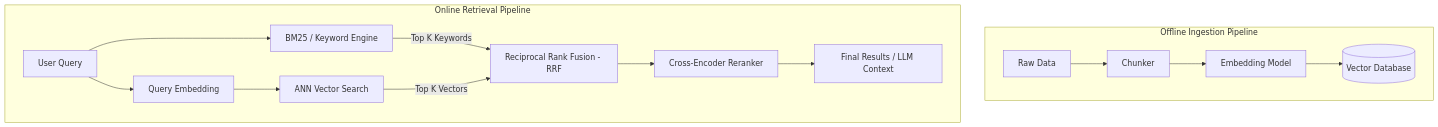
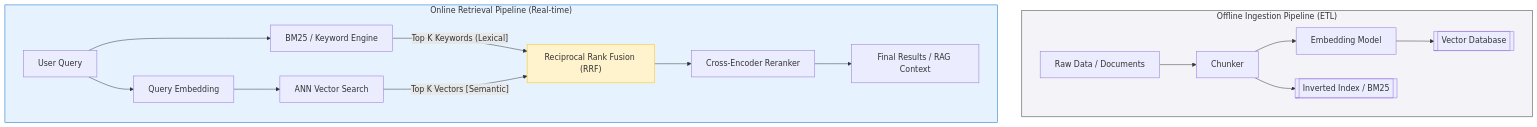
Before and after one commit to kythuatdulieu/kythuatdulieu.github.io: the diagram in src/content/docs/concepts/9-genai-machine-learning/semantic-search.md, drawn with Mermaid. The commit also changed other lines of this file and 213 other files, not shown here.

Commit message:
Fix syntax and rewrite 200+ concepts docs to deep-dive system architecture and add GA4 tracking to quiz app

````diff
--- a/src/content/docs/concepts/9-genai-machine-learning/semantic-search.md
+++ b/src/content/docs/concepts/9-genai-machine-learning/semantic-search.md
@@ -26,20 +28,25 @@
 ```mermaid
 graph TD
-    subgraph Offline Ingestion Pipeline
-        RD[Raw Data] --> CH[Chunker]
+    subgraph Offline_Ingestion_Pipeline["Offline Ingestion Pipeline (ETL)"]
+        RD[Raw Data / Documents] --> CH[Chunker]
         CH --> EM[Embedding Model]
-        EM --> VD[(Vector Database)]
+        EM --> VD[[Vector Database]]
+        CH --> KW[[Inverted Index / BM25]]
     end
 
-    subgraph Online Retrieval Pipeline
+    subgraph Online_Retrieval_Pipeline["Online Retrieval Pipeline (Real-time)"]
         UQ[User Query] --> QE[Query Embedding]
-        UQ --> BM[BM25 / Keyword Engine]
+        UQ --> BM_Q[BM25 / Keyword Engine]
         QE --> ANN[ANN Vector Search]
         
-        BM -- Top K Keywords --> RRF[Reciprocal Rank Fusion - RRF]
-        ANN -- Top K Vectors --> RRF
+        BM_Q -- Top K Keywords (Lexical] --> RRF["Reciprocal Rank Fusion (RRF)"]
+        ANN -- Top K Vectors [Semantic] --> RRF
         
         RRF --> RE[Cross-Encoder Reranker]
-        RE --> FR[Final Results / LLM Context]
+        RE --> FR[Final Results / RAG Context]
     end
+    
+    style Offline_Ingestion_Pipeline fill:#f4f4f8,stroke:#333
+    style Online_Retrieval_Pipeline fill:#e6f3ff,stroke:#0066cc
+    style RRF fill:#fff3cd,stroke:#ffc107
 ```
````
